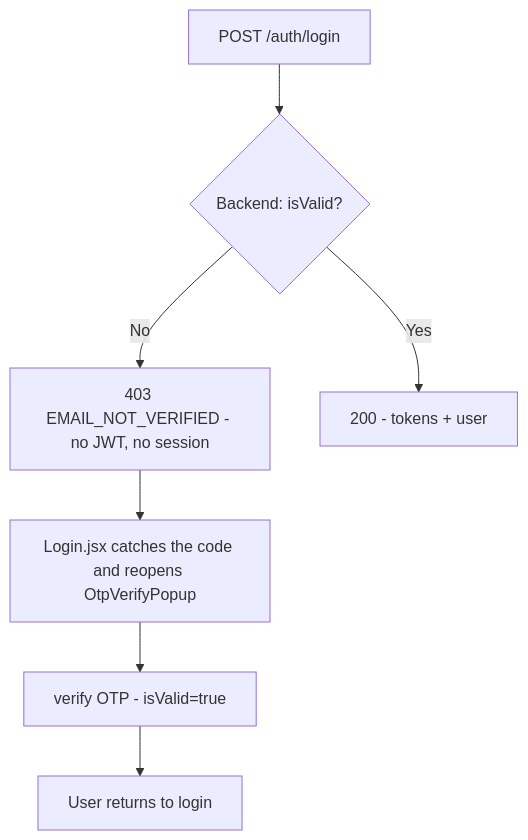
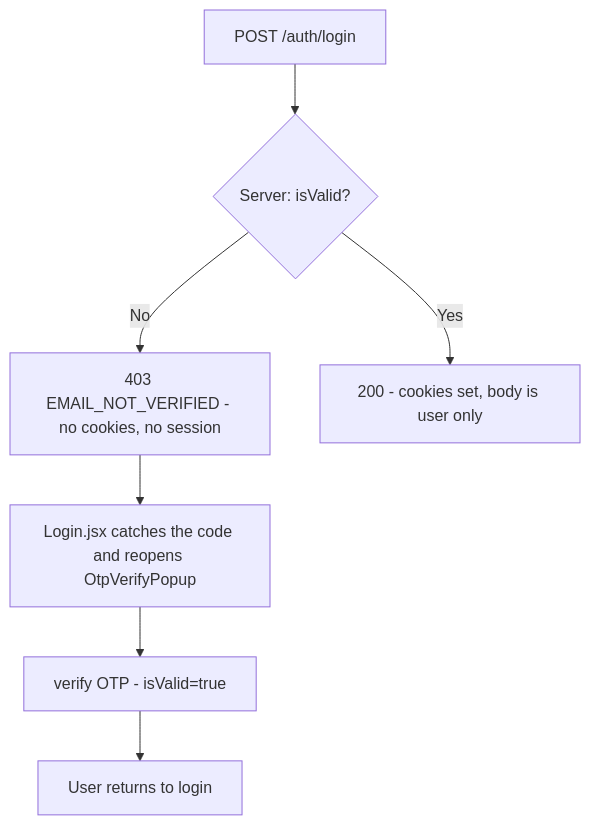
One commit to cpccu/cpccu-client changed the second of 5 diagrams in DOCUMENTATION/ARCHITECTURE.md. Above: the diagram before and after it, drawn with Mermaid. The commit also changed other lines of this file and 52 other files, not shown here.

````diff
--- a/DOCUMENTATION/ARCHITECTURE.md
+++ b/DOCUMENTATION/ARCHITECTURE.md
@@ -238,9 +243,9 @@
 ```mermaid
 flowchart TD
-    A[POST /auth/login] --> B{Backend: isValid?}
-    B -- No --> C[403 EMAIL_NOT_VERIFIED - no JWT, no session]
-    B -- Yes --> D[200 - tokens + user]
+    A[POST /auth/login] --> B{Server: isValid?}
+    B -- No --> C[403 EMAIL_NOT_VERIFIED - no cookies, no session]
+    B -- Yes --> D[200 - cookies set, body is user only]
     C --> E[Login.jsx catches the code and reopens OtpVerifyPopup]
     E --> F[verify OTP - isValid=true]
     F --> G[User returns to login]
 ```
````
